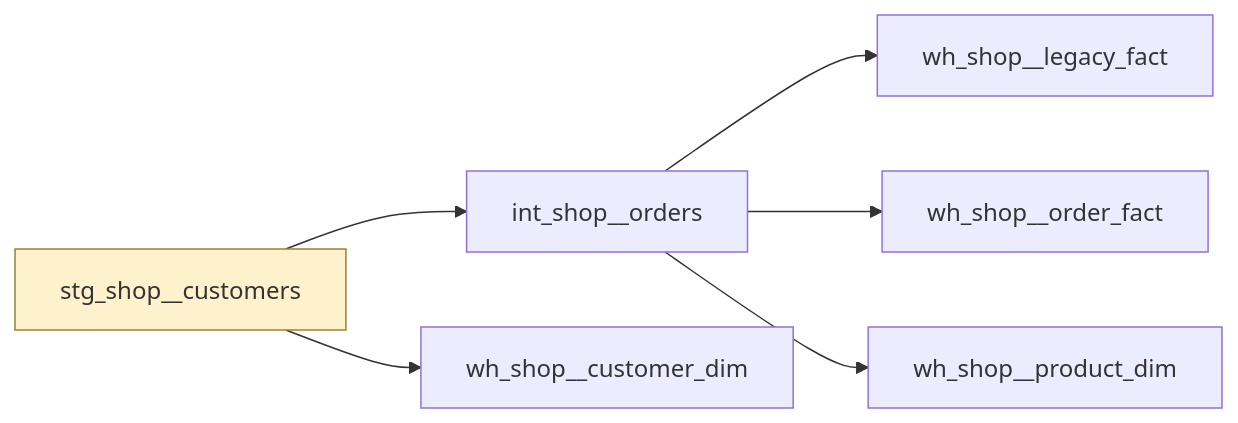
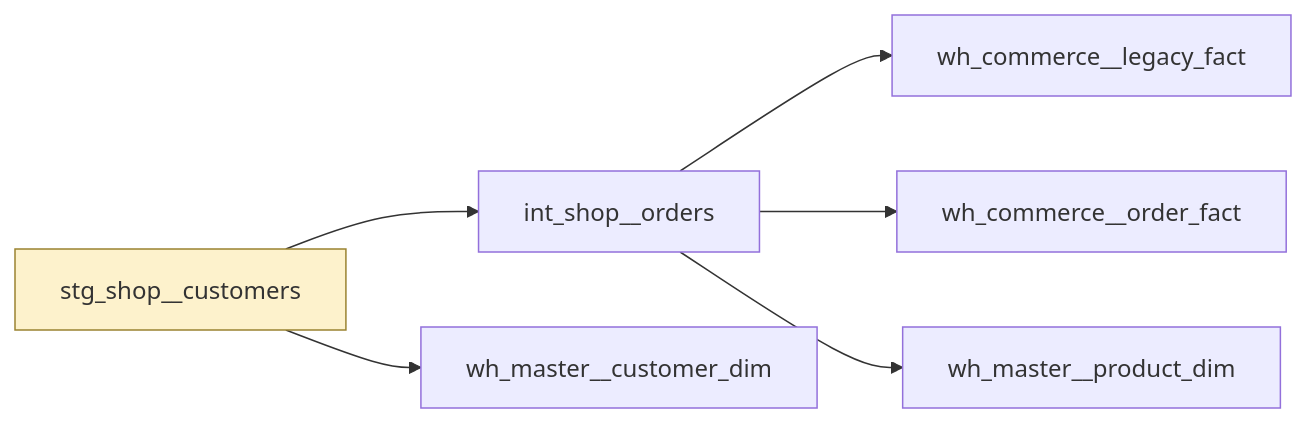
One commit to sav-sus/Hunter changed the diagram in docs/example/models/stg_shop__customers.md. Above: the diagram before and after it, drawn with Mermaid. The commit also changed other lines of this file and 130 other files, not shown here.

First line of the commit message:
Add the roadmap, verified status, layer discovery and Pages publishing

````diff
--- a/docs/example/models/stg_shop__customers.md
+++ b/docs/example/models/stg_shop__customers.md
@@ -43,15 +43,15 @@
 ```mermaid
 flowchart LR
   stg_shop__customers["stg_shop__customers"]
   style stg_shop__customers fill:#fdf2cc,stroke:#9a8330
   int_shop__orders["int_shop__orders"]
-  wh_shop__customer_dim["wh_shop__customer_dim"]
-  wh_shop__legacy_fact["wh_shop__legacy_fact"]
-  wh_shop__order_fact["wh_shop__order_fact"]
-  wh_shop__product_dim["wh_shop__product_dim"]
+  wh_commerce__legacy_fact["wh_commerce__legacy_fact"]
+  wh_commerce__order_fact["wh_commerce__order_fact"]
+  wh_master__customer_dim["wh_master__customer_dim"]
+  wh_master__product_dim["wh_master__product_dim"]
   stg_shop__customers --> int_shop__orders
-  stg_shop__customers --> wh_shop__customer_dim
-  int_shop__orders --> wh_shop__legacy_fact
-  int_shop__orders --> wh_shop__order_fact
-  int_shop__orders --> wh_shop__product_dim
+  int_shop__orders --> wh_commerce__legacy_fact
+  int_shop__orders --> wh_commerce__order_fact
+  stg_shop__customers --> wh_master__customer_dim
+  int_shop__orders --> wh_master__product_dim
 ```
````
